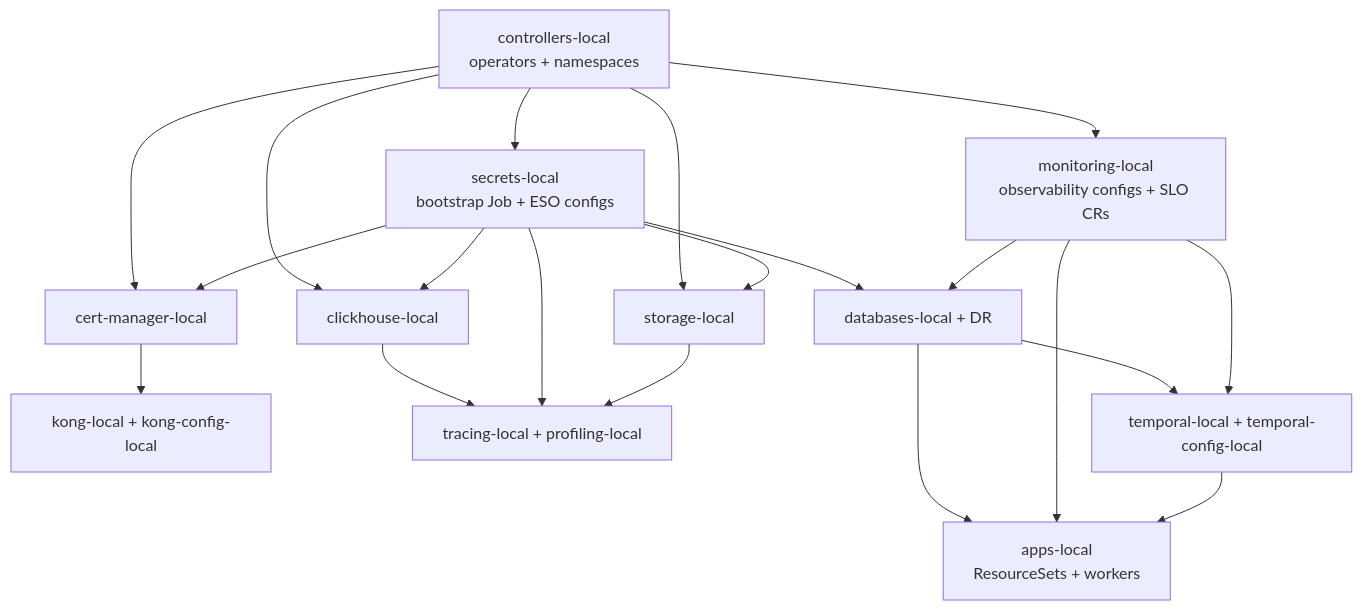
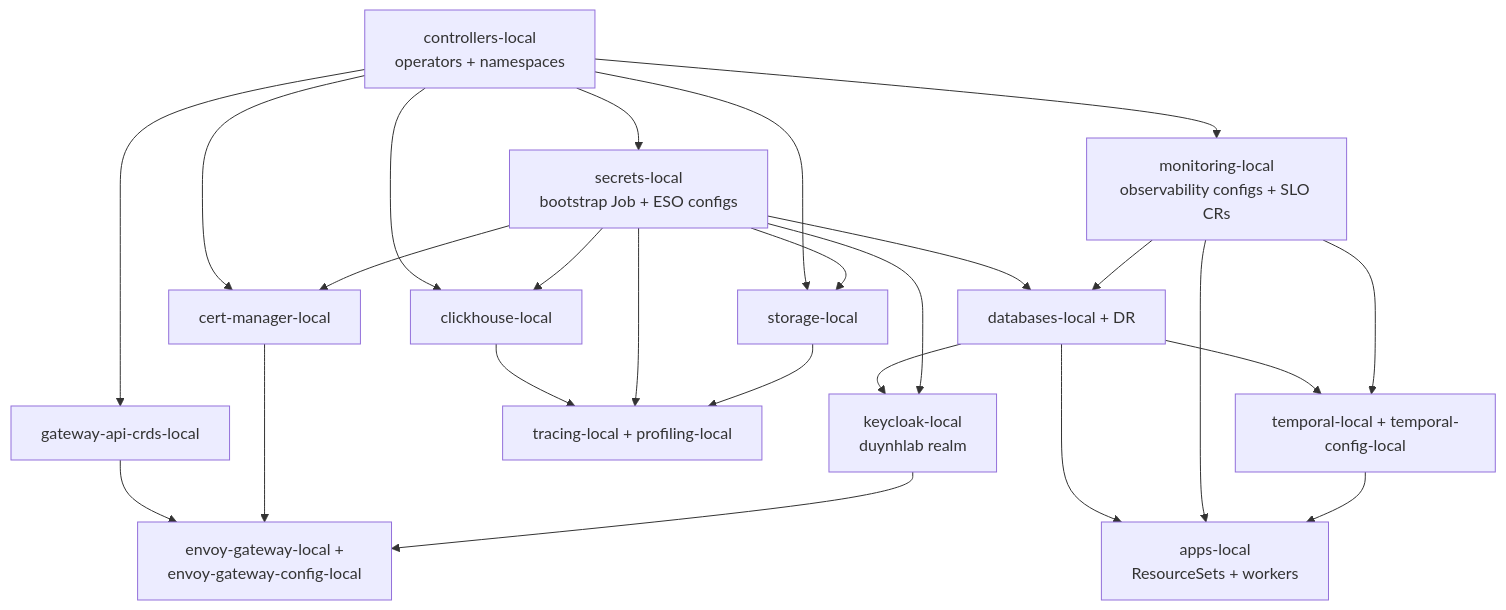
Before and after one commit to duynhlab/homelab: the diagram in docs/platform/README.md, drawn with Mermaid. The commit also changed other lines of this file and 30 other files, not shown here.

````diff
--- a/docs/platform/README.md
+++ b/docs/platform/README.md
@@ -38,34 +38,41 @@
 ```mermaid
 flowchart TD
     controllers["controllers-local<br/>operators + namespaces"]
     secrets["secrets-local<br/>bootstrap Job + ESO configs"]
     certmgr["cert-manager-local"]
-    kong["kong-local + kong-config-local"]
+    gwcrds["gateway-api-crds-local"]
+    keycloak["keycloak-local<br/>duynhlab realm"]
+    edge["envoy-gateway-local +<br/>envoy-gateway-config-local"]
     monitoring["monitoring-local<br/>observability configs + SLO CRs"]
     storage["storage-local"]
     clickhouse["clickhouse-local"]
     tracing["tracing-local + profiling-local"]
     databases["databases-local + DR"]
     temporal["temporal-local + temporal-config-local"]
     apps["apps-local<br/>ResourceSets + workers"]
 
     controllers --> secrets
     controllers --> certmgr
     controllers --> monitoring
     secrets --> certmgr
-    certmgr --> kong
+    controllers --> gwcrds
+    gwcrds --> edge
+    certmgr --> edge
+    keycloak --> edge
+    databases --> keycloak
+    secrets --> keycloak
     controllers --> storage
     secrets --> storage
     controllers --> clickhouse
     secrets --> clickhouse
     clickhouse --> tracing
     secrets --> tracing
     storage --> tracing
     secrets --> databases
     monitoring --> databases
     databases --> temporal
     monitoring --> temporal
     databases --> apps
     monitoring --> apps
     temporal --> apps
 ```
````
